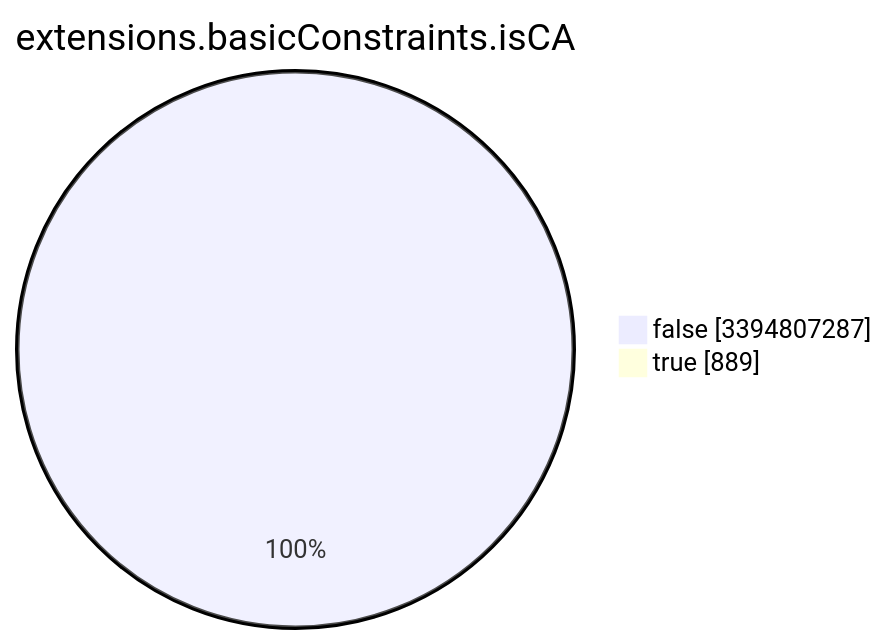
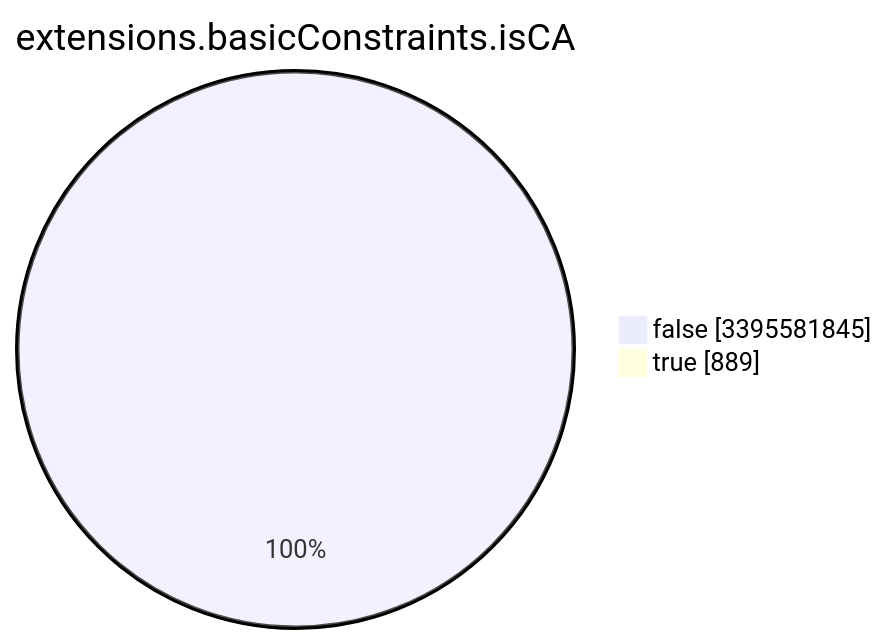
The seventh of 15 diagrams in TOTAL/README.md (christiankrug/ctmonitor_visualization), drawn with Mermaid before and after one commit. The commit also changed other lines of this file, not shown here.

````diff
--- a/TOTAL/README.md
+++ b/TOTAL/README.md
@@ -3090,6 +3090,6 @@
 ```mermaid
 pie showData
 title extensions.basicConstraints.isCA
-"false" :3394807287
+"false" :3395581845
 "true" :889
 ```
````
